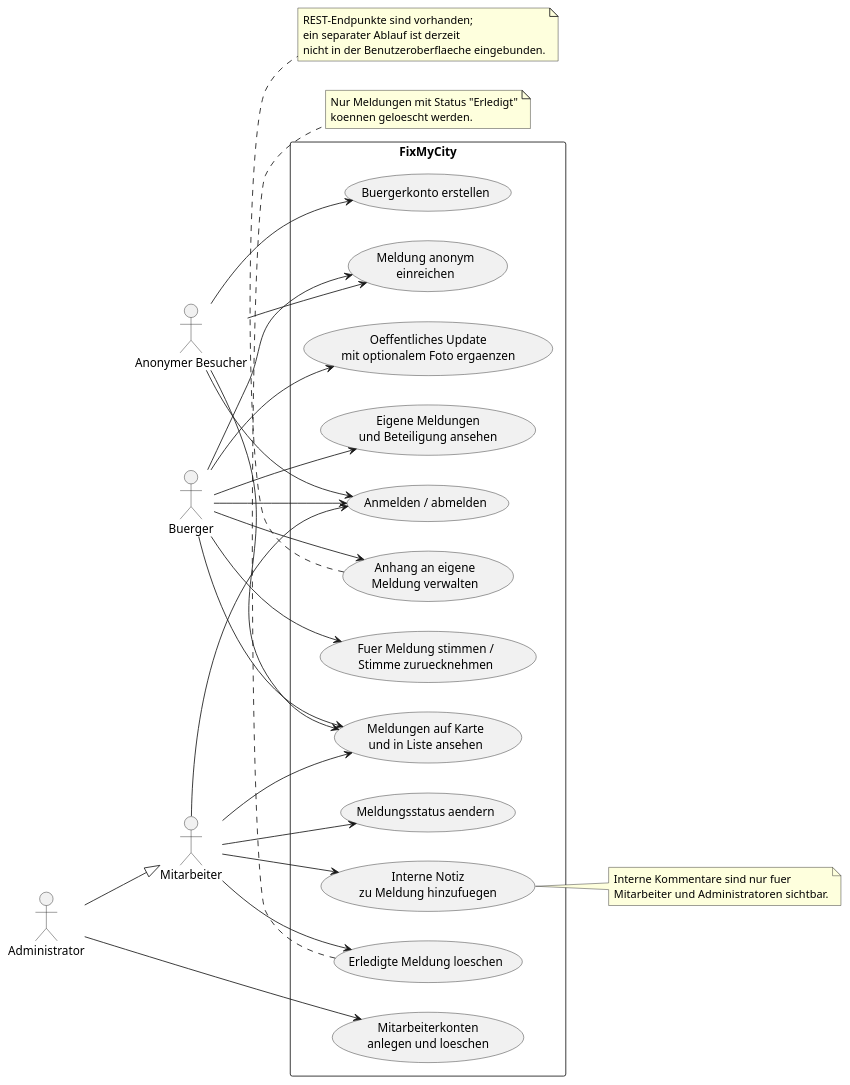
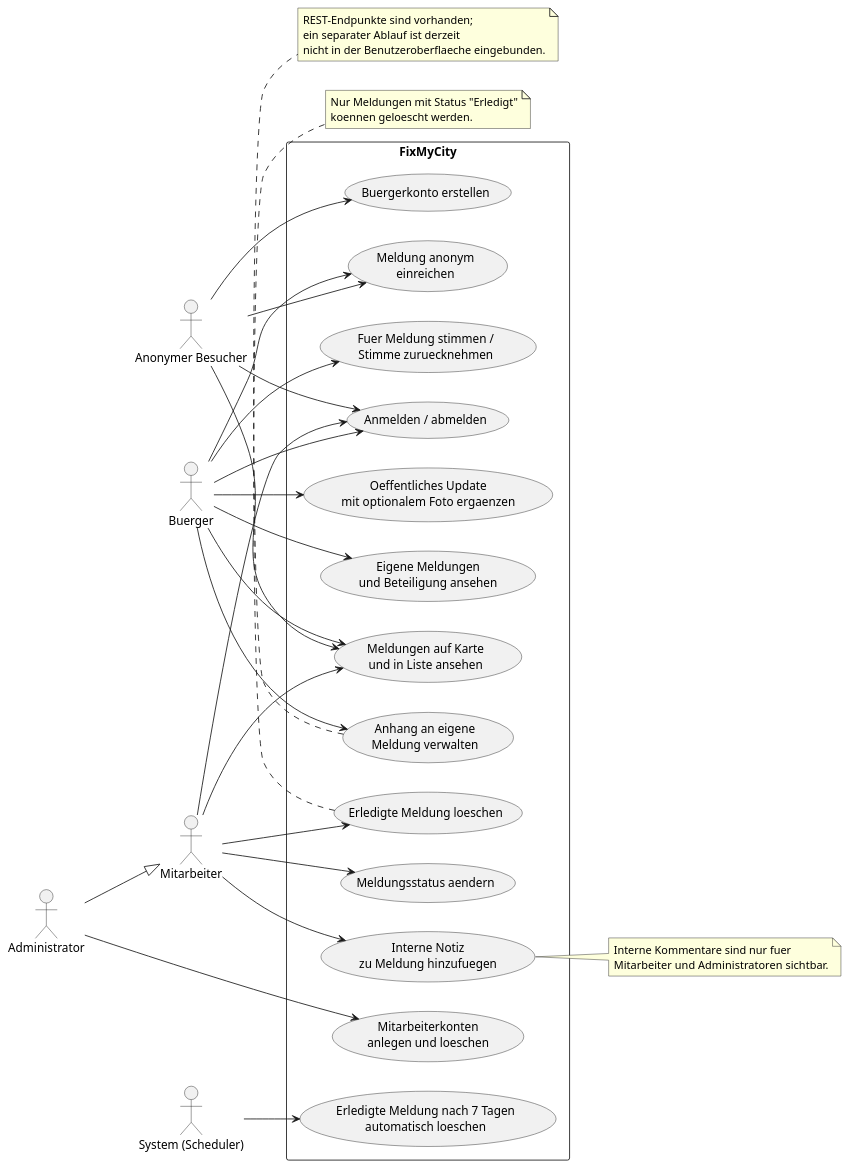
One commit to wenhuan-liang/stadtmeldung-portal changed the diagram in docs/uml/use-cases.puml. Above: the diagram before and after it, drawn with PlantUML. The commit also changed 25 other files, not shown here.

```diff
--- a/docs/uml/use-cases.puml
+++ b/docs/uml/use-cases.puml
@@ -1,63 +1,66 @@
 @startuml
 left to right direction
 skinparam packageStyle rectangle
 
 actor "Anonymer Besucher" as Anonymous
 actor "Buerger" as Citizen
 actor "Mitarbeiter" as Employee
 actor "Administrator" as Admin
+actor "System (Scheduler)" as Scheduler
 
 Admin --|> Employee
 
 rectangle "FixMyCity" {
   usecase "Meldungen auf Karte\nund in Liste ansehen" as UC_Browse
   usecase "Meldung anonym\neinreichen" as UC_AnonymousReport
   usecase "Buergerkonto erstellen" as UC_Register
   usecase "Anmelden / abmelden" as UC_Login
   usecase "Eigene Meldungen\nund Beteiligung ansehen" as UC_Mine
   usecase "Fuer Meldung stimmen /\nStimme zuruecknehmen" as UC_Vote
   usecase "Oeffentliches Update\nmit optionalem Foto ergaenzen" as UC_Update
   usecase "Anhang an eigene\nMeldung verwalten" as UC_Attachment
   usecase "Meldungsstatus aendern" as UC_Status
   usecase "Interne Notiz\nzu Meldung hinzufuegen" as UC_Internal
   usecase "Erledigte Meldung loeschen" as UC_Delete
+  usecase "Erledigte Meldung nach 7 Tagen\nautomatisch loeschen" as UC_AutoDelete
   usecase "Mitarbeiterkonten\nanlegen und loeschen" as UC_Employees
 }
 
 Anonymous --> UC_Browse
 Anonymous --> UC_AnonymousReport
 Anonymous --> UC_Register
 Anonymous --> UC_Login
 
 Citizen --> UC_Browse
 Citizen --> UC_AnonymousReport
 Citizen --> UC_Login
 Citizen --> UC_Mine
 Citizen --> UC_Vote
 Citizen --> UC_Update
 Citizen --> UC_Attachment
 
 Employee --> UC_Browse
 Employee --> UC_Login
 Employee --> UC_Status
 Employee --> UC_Internal
 Employee --> UC_Delete
 
 Admin --> UC_Employees
+Scheduler --> UC_AutoDelete
 
 note right of UC_Internal
   Interne Kommentare sind nur fuer
   Mitarbeiter und Administratoren sichtbar.
 end note
 
 note bottom of UC_Delete
   Nur Meldungen mit Status "Erledigt"
   koennen geloescht werden.
 end note
 
 note bottom of UC_Attachment
   REST-Endpunkte sind vorhanden;
   ein separater Ablauf ist derzeit
   nicht in der Benutzeroberflaeche eingebunden.
 end note
 @enduml
```
